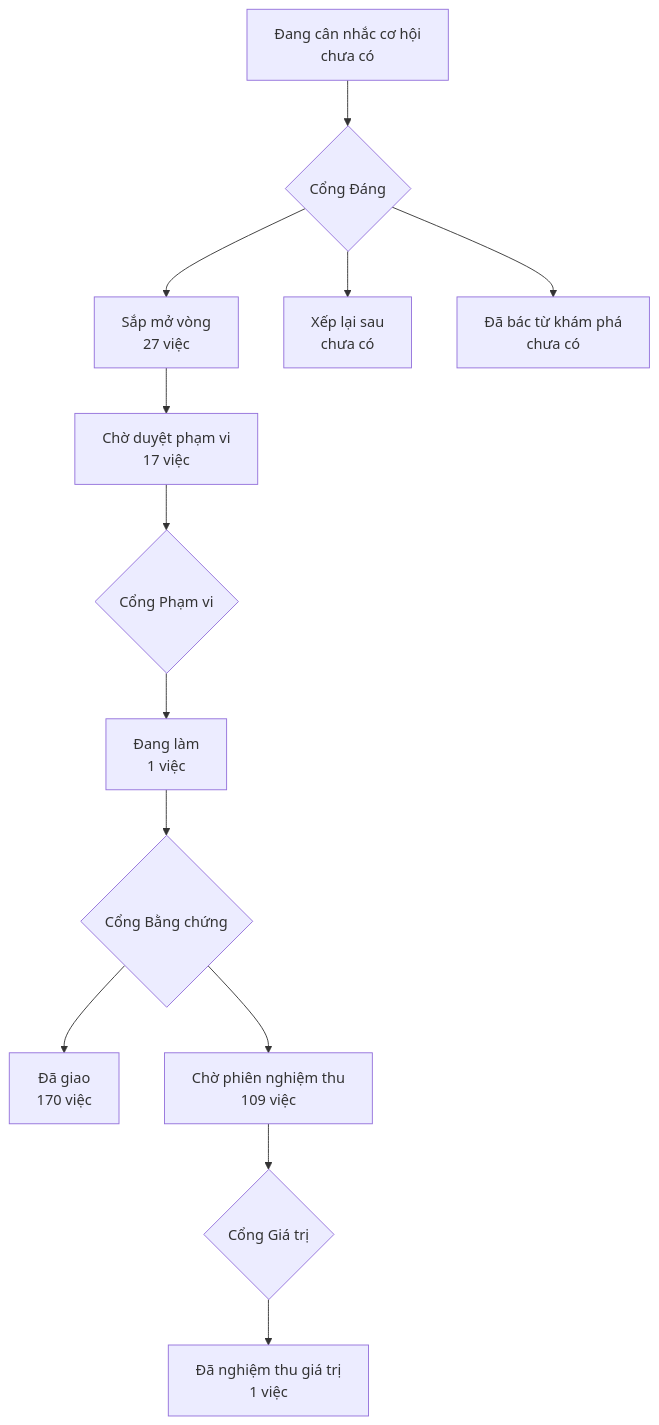
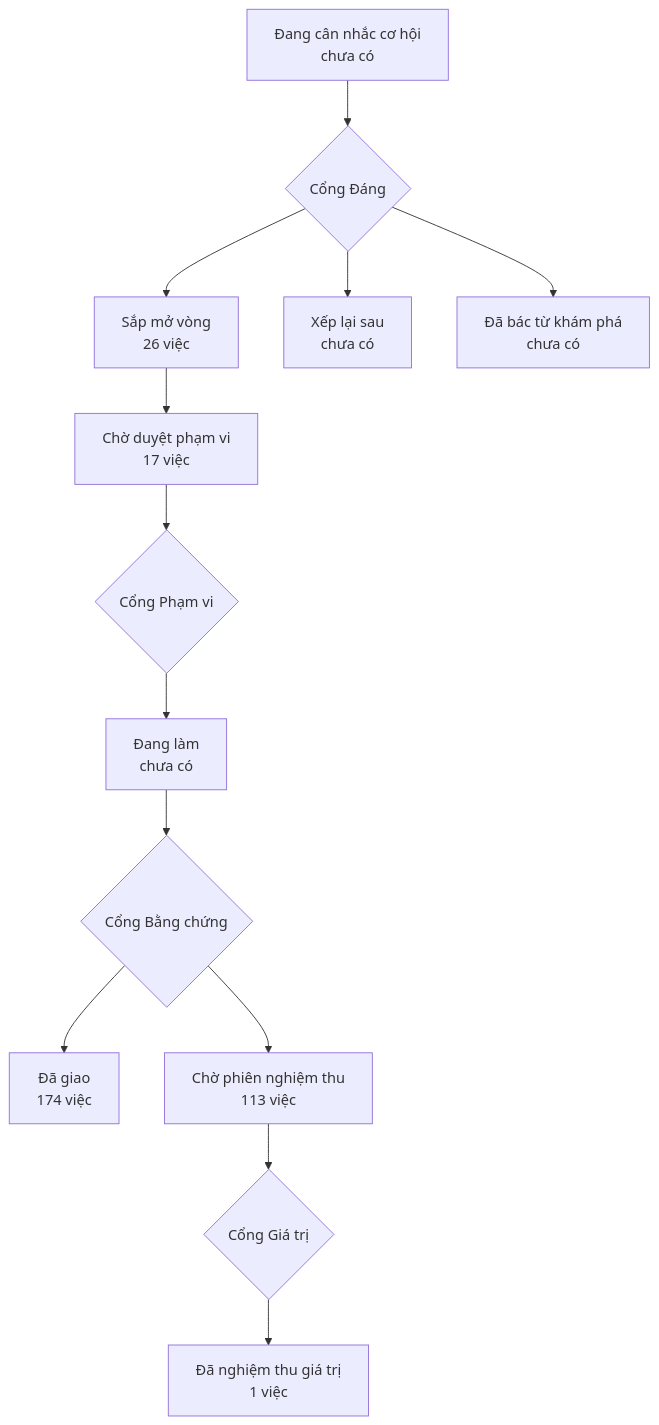
Before and after one commit to phanlemanh/onehub-invest: the diagram in PRODUCT-MAP.md, drawn with Mermaid. The commit also changed other lines of this file and 4 other files, not shown here.

````diff
--- a/PRODUCT-MAP.md
+++ b/PRODUCT-MAP.md
@@ -7,12 +7,12 @@
 ```mermaid
 flowchart TD
   A["Đang cân nhắc cơ hội<br/>chưa có"] --> GD{"Cổng Đáng"}
-  GD --> B["Sắp mở vòng<br/>27 việc"]
+  GD --> B["Sắp mở vòng<br/>26 việc"]
   GD --> XL["Xếp lại sau<br/>chưa có"]
   GD --> DB["Đã bác từ khám phá<br/>chưa có"]
   B --> CD["Chờ duyệt phạm vi<br/>17 việc"] --> GP{"Cổng Phạm vi"}
-  GP --> DL["Đang làm<br/>1 việc"] --> GB{"Cổng Bằng chứng"}
-  GB --> DG["Đã giao<br/>170 việc"]
-  GB --> CN["Chờ phiên nghiệm thu<br/>109 việc"] --> GG{"Cổng Giá trị"}
+  GP --> DL["Đang làm<br/>chưa có"] --> GB{"Cổng Bằng chứng"}
+  GB --> DG["Đã giao<br/>174 việc"]
+  GB --> CN["Chờ phiên nghiệm thu<br/>113 việc"] --> GG{"Cổng Giá trị"}
   GG --> NT["Đã nghiệm thu giá trị<br/>1 việc"]
 ```
````
